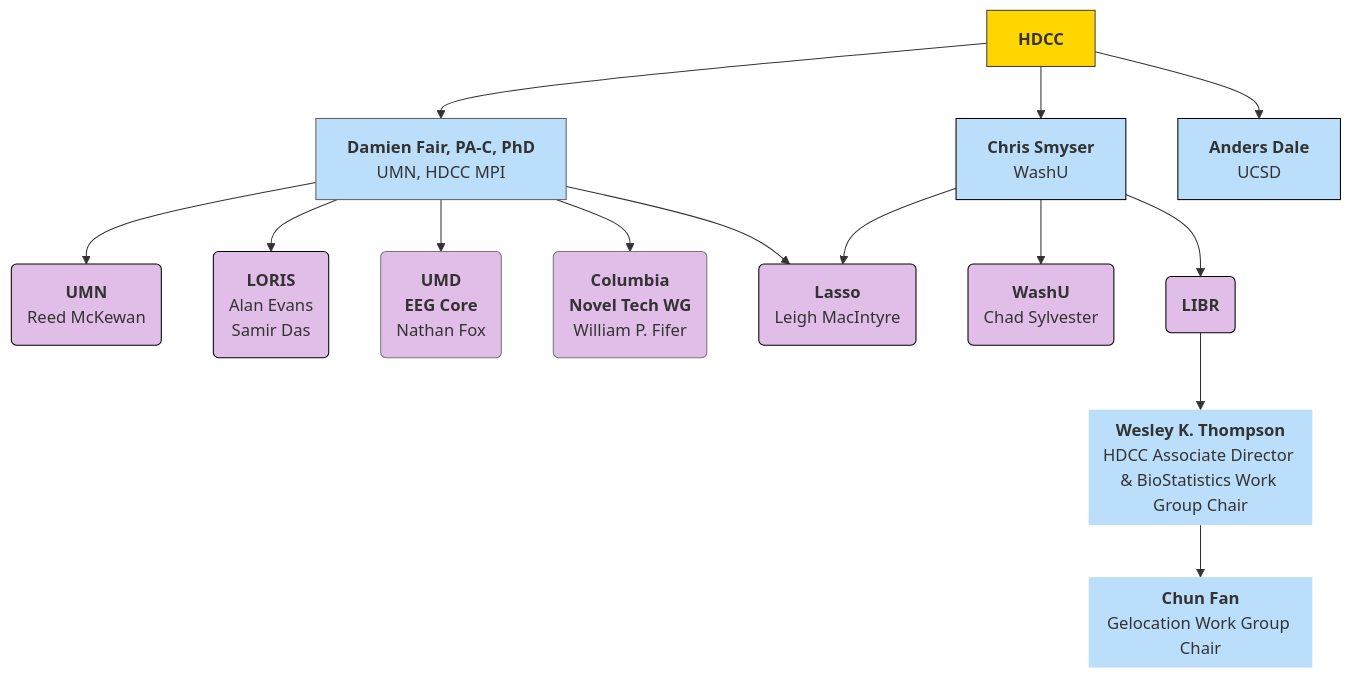
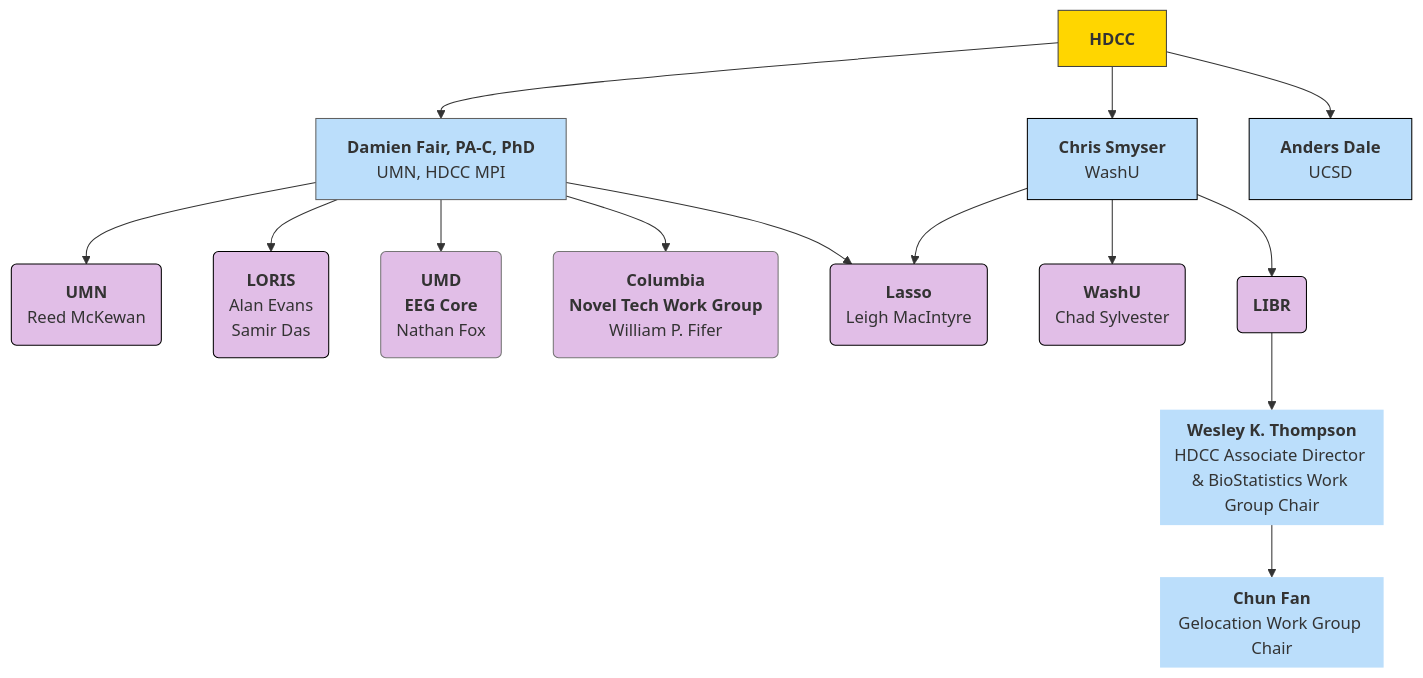
The first of 9 diagrams in docs/orgcharts.md (DCAN-Labs/hbcd-docs-internal), drawn with Mermaid before and after one commit.

````diff
--- a/docs/orgcharts.md
+++ b/docs/orgcharts.md
@@ -6,45 +6,45 @@
 ```mermaid
 ---
 config:
   layout: dagre
 ---
 flowchart TB
     A["<strong>HDCC</strong>"] --> E["<b>Damien Fair, PA-C, PhD</b><br>UMN, HDCC MPI"] & n1["<b>Chris Smyser</b><br>WashU"] & n2["<b>Anders Dale</b><br>UCSD"]
-    E --> umn["<b>UMN</b><br>Reed McKewan"] & n7["<b>LORIS</b><br>Alan Evans<br>Samir Das"] & n8["<b>UMD<br>EEG Core</b><br>Nathan Fox"] & n11["<b>Columbia<br>Novel Tech WG</b><br>William P. Fifer"] & n15["<b>Lasso</b><br>Leigh MacIntyre"]
+    E --> umn["<b>UMN</b><br>Reed McKewan"] & n7["<b>LORIS</b><br>Alan Evans<br>Samir Das"] & n8["<b>UMD<br>EEG Core</b><br>Nathan Fox"] & n11["<b>Columbia<br>Novel Tech Work Group</b><br>William P. Fifer"] & n15["<b>Lasso</b><br>Leigh MacIntyre"]
     n1 --> n10["<b>WashU</b><br>Chad Sylvester"] & n12["<b>LIBR</b>"] & n15
     n16@{ label: "<span style=\"--tw-scale-x:\"><b>Wesley K. Thompson<br></b>HDCC Associate Director & BioStatistics Work Group Chair</span><br>" } --> n17@{ label: "<span style=\"color:\"><b>Chun Fan<br></b></span><span style=\"--tw-scale-x:\">Gelocation Work Group Chair</span><br style=\"--tw-scale-x:\">" }
     n12 --> n16
     A@{ shape: rect}
     E@{ shape: rect}
     n1@{ shape: rect}
     n2@{ shape: rect}
     umn@{ shape: rounded}
     n7@{ shape: rounded}
     n8@{ shape: rounded}
     n11@{ shape: rounded}
     n15@{ shape: rounded}
     n10@{ shape: rounded}
     n12@{ shape: rounded}
     n16@{ shape: text}
     n17@{ shape: text}
     style A fill:#FFD600,stroke:#424242
     style E fill:#BBDEFB,stroke:#616161
     style n1 fill:#BBDEFB,stroke:#000000
     style n2 fill:#BBDEFB,stroke:#000000
     style umn fill:#E1BEE7,stroke:#000000
     style n7 fill:#E1BEE7,stroke:#000000
     style n8 fill:#E1BEE7,stroke:#757575
     style n11 fill:#E1BEE7,stroke:#757575
     style n15 fill:#E1BEE7,stroke:#000000
     style n10 fill:#E1BEE7,stroke:#000000
     style n12 fill:#E1BEE7,stroke:#000000
     style n16 fill:#BBDEFB
     style n17 fill:#BBDEFB
     click n2 "#ucsd"
     click umn "#university-of-minnesota"
     click n7 "#loris"
     click n8 "#umd-eeg-core"
     click n11 "#columbia-university"
     click n15 "#lasso"
     click n10 "#washu"
 ```
````
